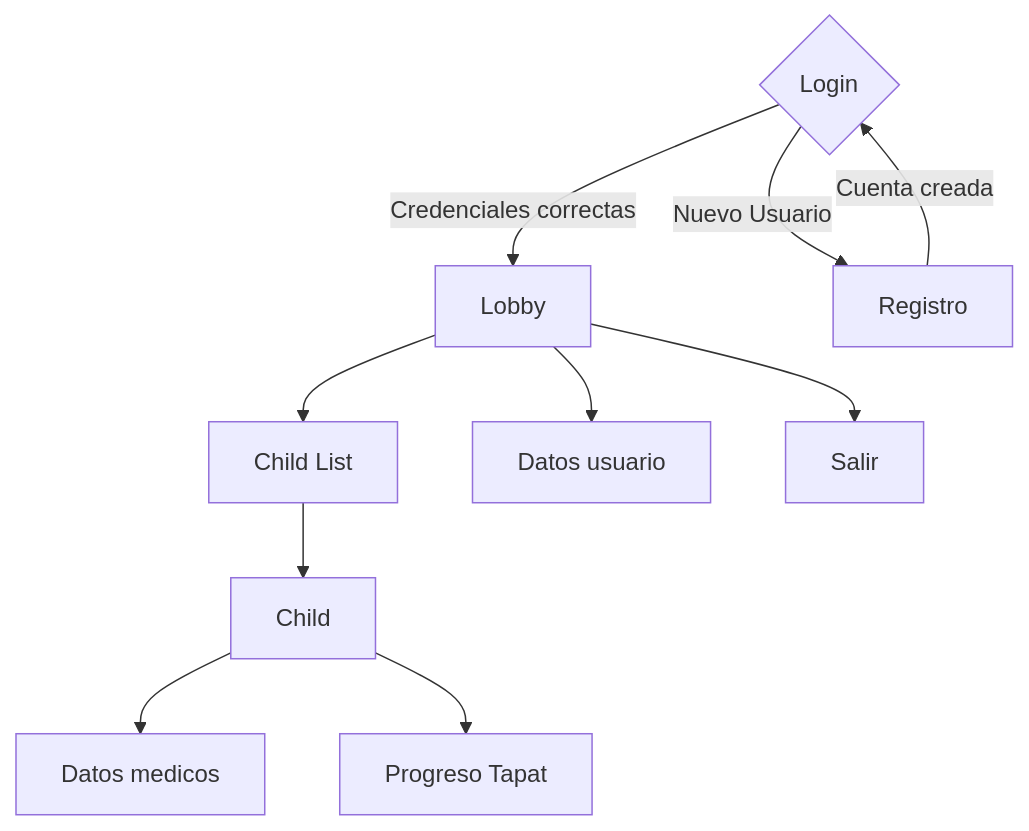
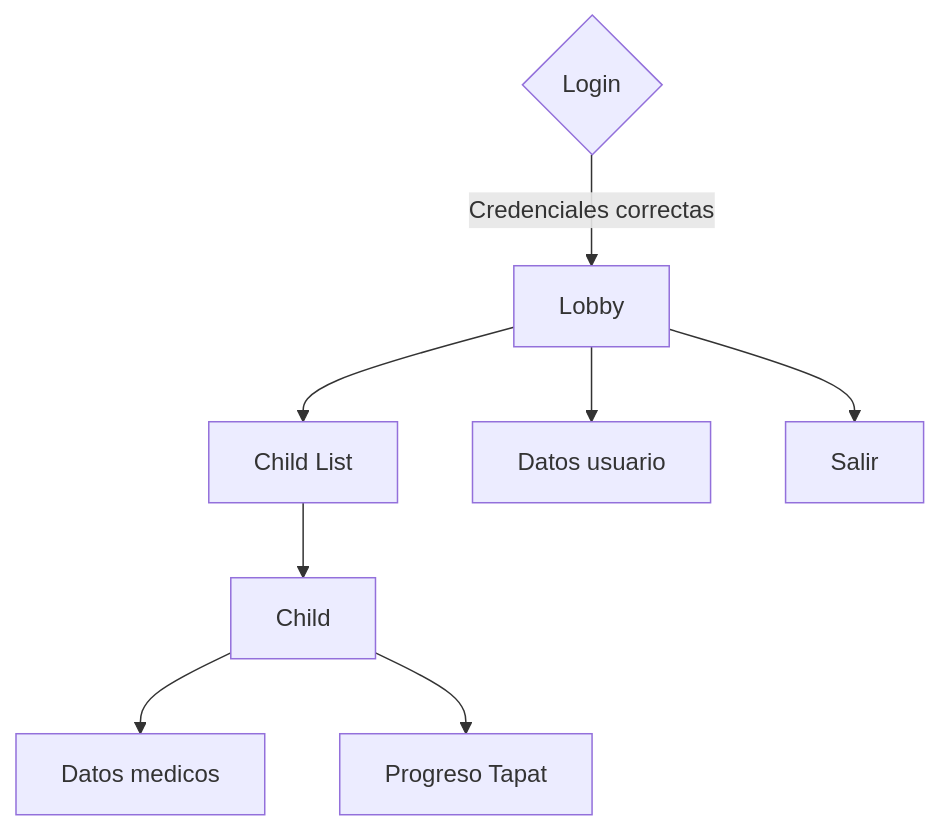
Before and after one commit to hhosp/TapatApp: the diagram in Prototip2/Prototip2FrontEnd.mermaid, drawn with Mermaid. The commit also changed 1 other file, not shown here.

```diff
--- a/Prototip2/Prototip2FrontEnd.mermaid
+++ b/Prototip2/Prototip2FrontEnd.mermaid
@@ -1,10 +1,9 @@
  flowchart TB;
     B{Login}
     B --> |Credenciales correctas|D[Lobby]
-    B --> |Nuevo Usuario|C[Registro] --> |Cuenta creada|B
     D --> E[Child List]
     D --> R[Datos usuario]
     D --> Salir
     E --> F[Child]
     F --> K[Datos medicos]
     F --> L[Progreso Tapat]
```
